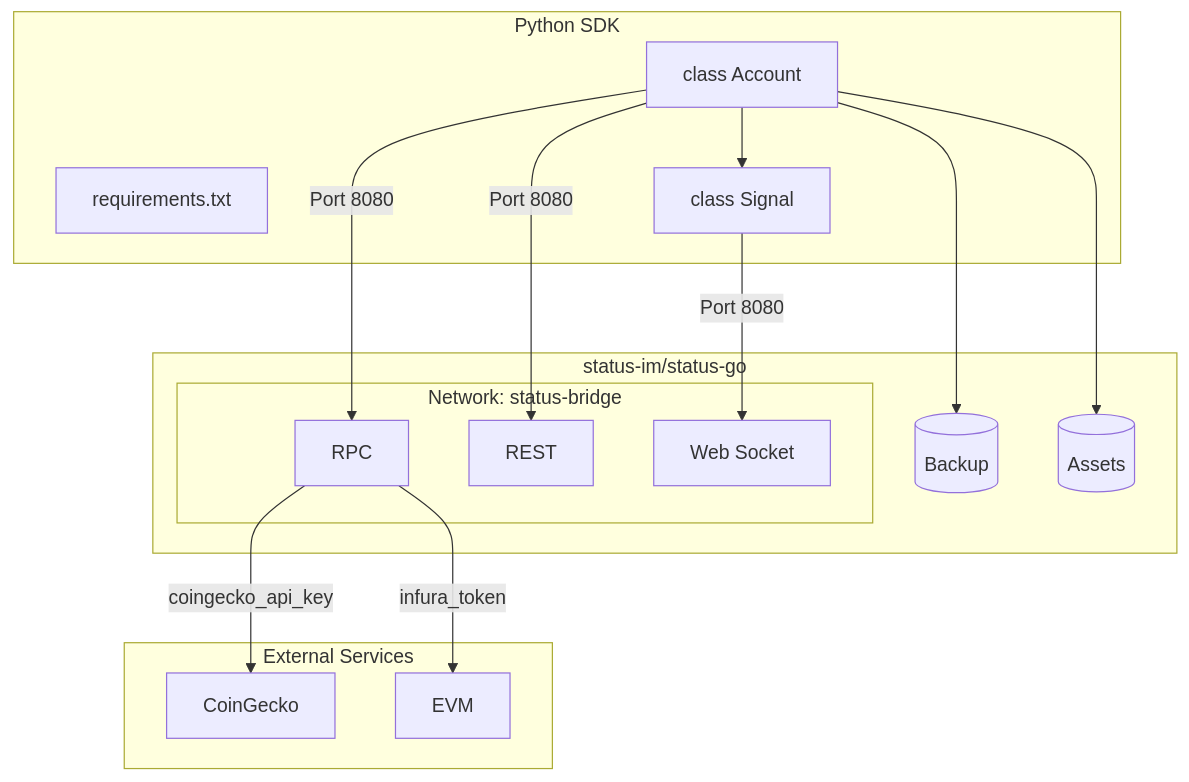
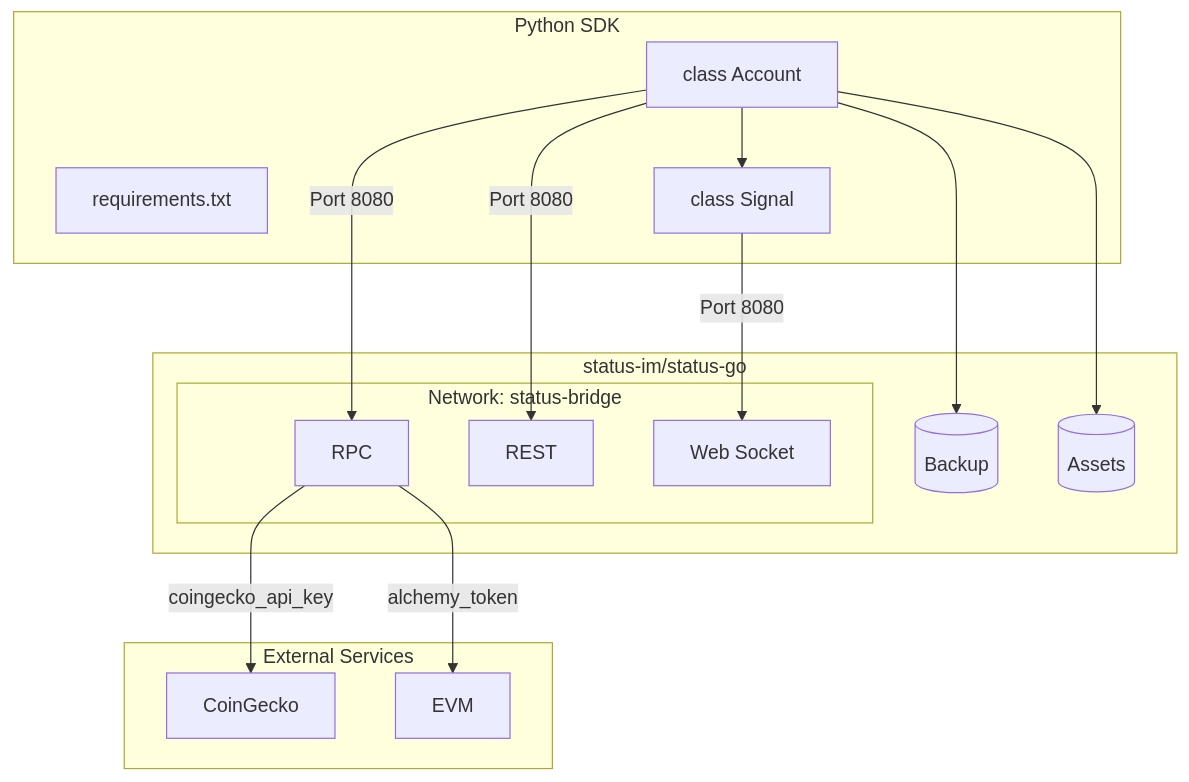
One commit to status-im/status-python-sdk changed the first of 2 diagrams in README.md. Above: the diagram before and after it, drawn with Mermaid. The commit also changed 6 other files, not shown here.

````diff
--- a/README.md
+++ b/README.md
@@ -15,33 +15,33 @@
 ```mermaid
 graph TB
     subgraph backend[status-im/status-go]
         subgraph Endpoints[Network: status-bridge]
            RPC[RPC]
            HTTP[REST]
            SOCKET[Web Socket]
        end
        Vol1[(Backup)]
        Vol2[(Assets)]
    end
 
 
    subgraph bot[Python SDK]
         REQUIREMENTS[requirements.txt]
         SDK[class Account]
         SIGNAL[class Signal]
     end
 
     subgraph external[External Services]
         COINGECKO[CoinGecko]
         EVM
     end
 
     SDK --> SIGNAL
     SDK --> |Port 8080| RPC
     SDK --> |Port 8080| HTTP
     SIGNAL --> |Port 8080| SOCKET
     SDK --> Vol1
     SDK --> Vol2
     RPC --> |coingecko_api_key| COINGECKO
-    RPC --> |infura_token| EVM
+    RPC --> |alchemy_token| EVM
 ```
````
